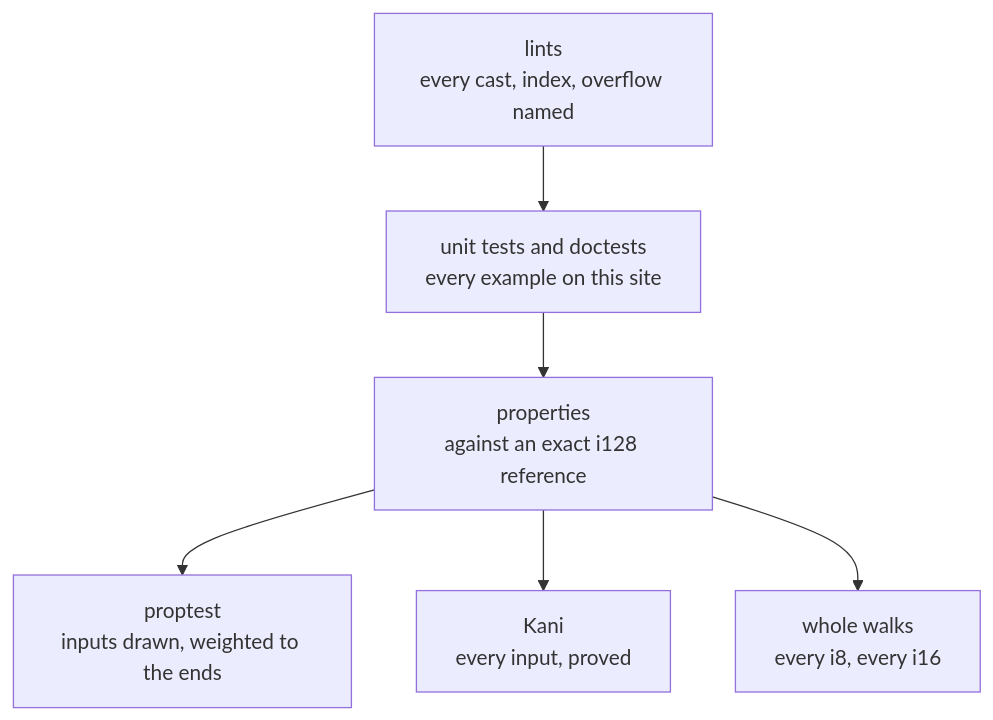
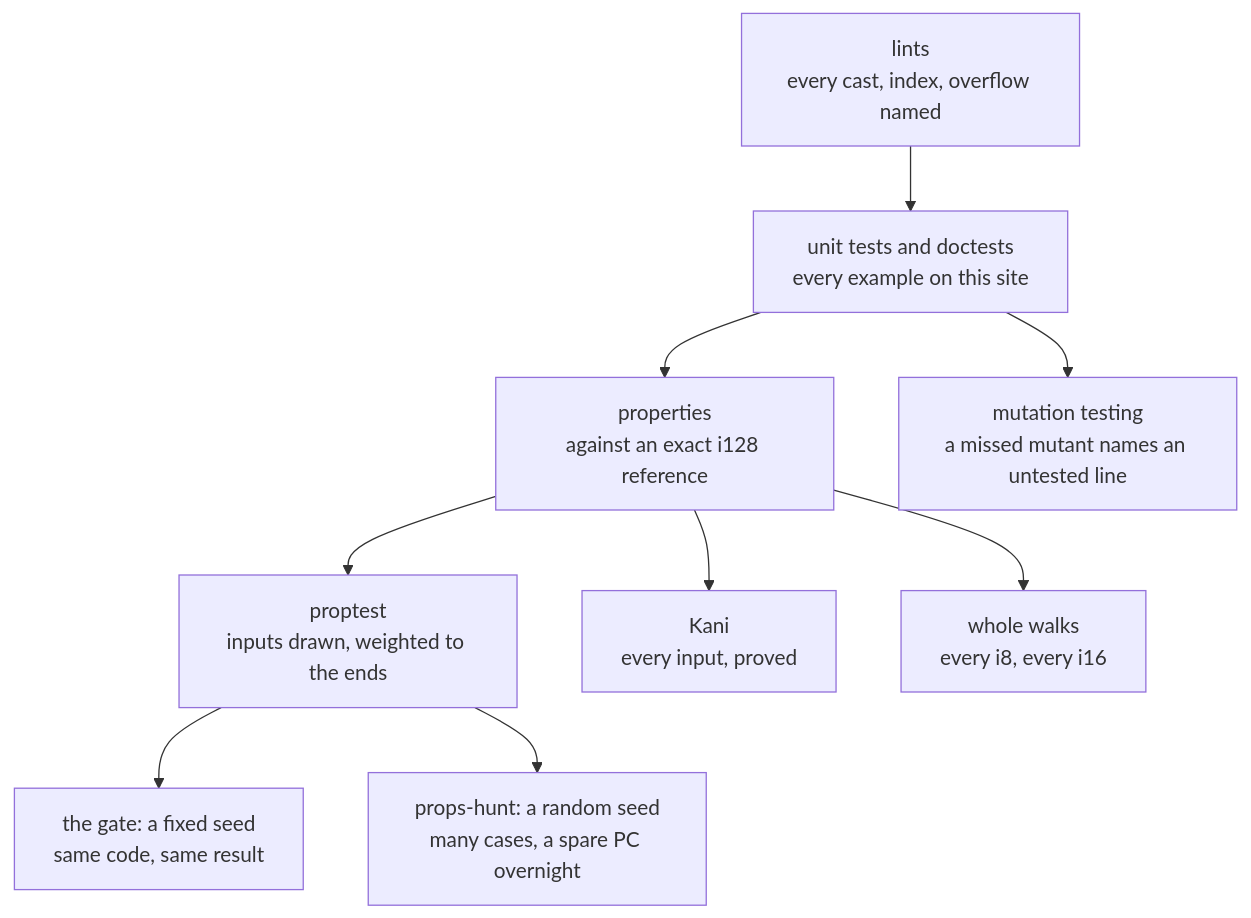
The diagram in docs/nomicon/reliability.md (romixlab/exact_units), drawn with Mermaid before and after one commit. The commit also changed other lines of this file and 1 other file, not shown here.

First line of the commit message:
docs: the fixed-seed/props-hunt split and mutation testing on the reliability page

````diff
--- a/docs/nomicon/reliability.md
+++ b/docs/nomicon/reliability.md
@@ -9,8 +9,11 @@
 ```mermaid
 graph TD
   L["lints<br/>every cast, index, overflow named"] --> T["unit tests and doctests<br/>every example on this site"]
   T --> P["properties<br/>against an exact i128 reference"]
   P --> PT["proptest<br/>inputs drawn, weighted to the ends"]
+  PT --> PTG["the gate: a fixed seed<br/>same code, same result"]
+  PT --> PTH["props-hunt: a random seed<br/>many cases, a spare PC overnight"]
   P --> K["Kani<br/>every input, proved"]
   P --> W["whole walks<br/>every i8, every i16"]
+  T --> M["mutation testing<br/>a missed mutant names an untested line"]
 ```
````
